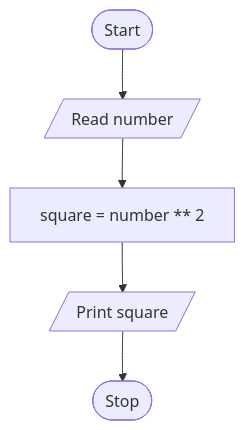
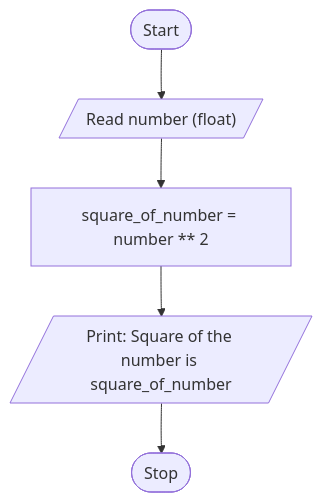
Before and after one commit to asvnphanindra/2026-27_PythonProgrammingCourse: the diagram in .faculty/observations/u1t2sqr.md, drawn with Mermaid. The commit also changed 20 other files, not shown here.

Commit message:
Expand Full-observation flowcharts with step-by-step Mermaid detail.

````diff
--- a/.faculty/observations/u1t2sqr.md
+++ b/.faculty/observations/u1t2sqr.md
@@ -40,12 +40,9 @@
 ```mermaid
 flowchart TD
-    N0(["Start"])
-    N1[/"Read number"/]
-    N2["square = number ** 2"]
-    N3[/"Print square"/]
-    N4(["Stop"])
-    N0 --> N1
-    N1 --> N2
-    N2 --> N3
-    N3 --> N4
+Start(["Start"])
+R1[/"Read number (float)"/]
+P1["square_of_number = number ** 2"]
+O1[/"Print: Square of the number is square_of_number"/]
+Stop(["Stop"])
+Start --> R1 --> P1 --> O1 --> Stop
 ```
````
